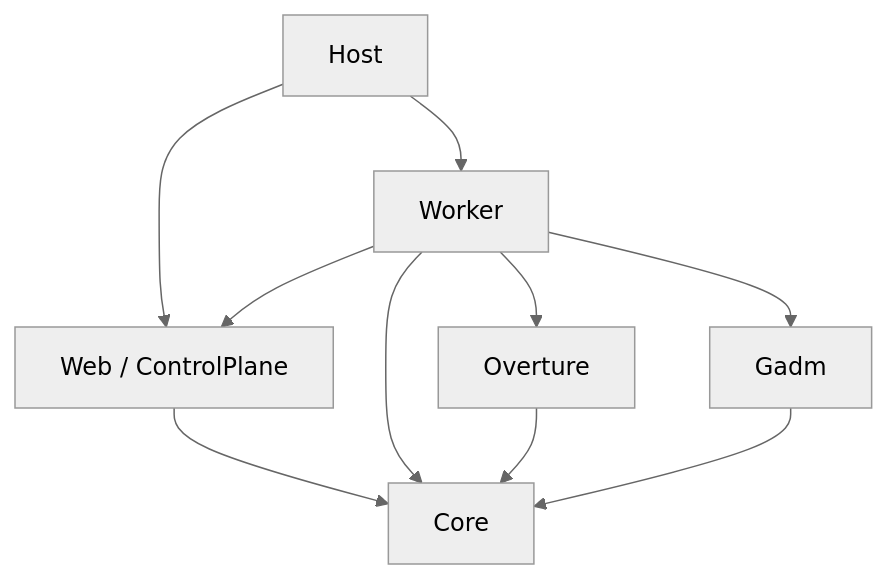
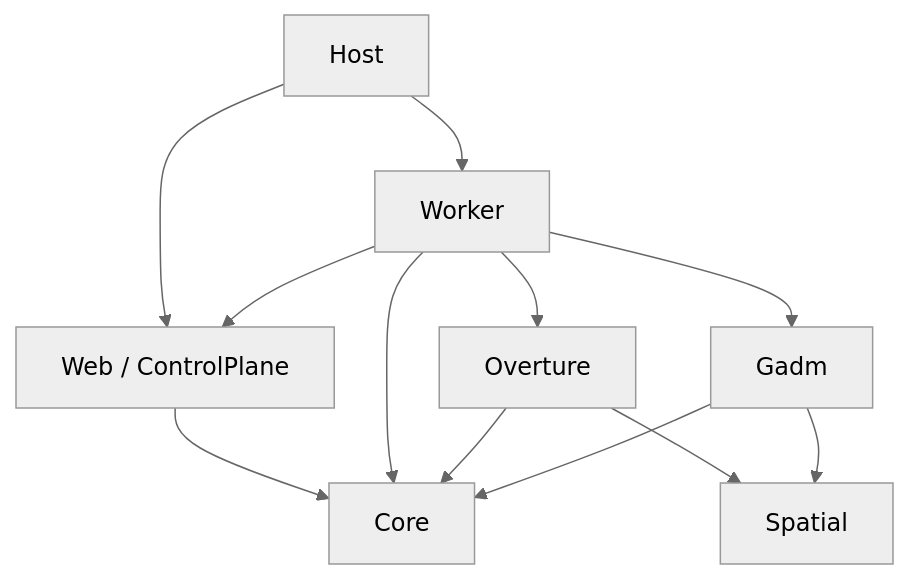
The diagram in docs/maintainer/ARCHITECTURE.md (crazz/immich-reversegeo), drawn with Mermaid (neutral theme) before and after one commit. The commit also changed other lines of this file and 14 other files, not shown here.

````diff
--- a/docs/maintainer/ARCHITECTURE.md
+++ b/docs/maintainer/ARCHITECTURE.md
@@ -21,12 +22,14 @@
 ```mermaid
 flowchart TD
     Host --> Web[Web / ControlPlane]
     Host --> Worker
     Web --> Core
     Worker --> Core
     Worker --> Web
     Worker --> Overture
     Worker --> Gadm
     Overture --> Core
+    Overture --> Spatial
     Gadm --> Core
+    Gadm --> Spatial
 ```
````
